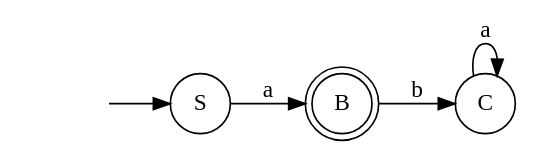
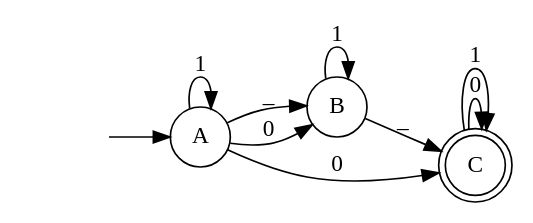
Before and after one commit to bobirok/Automata-ALE2: the diagram in ALE2/ALE2/bin/Debug/abc.dot, drawn with Graphviz. The commit also changed 19 other files, not shown here.

```diff
--- a/ALE2/ALE2/bin/Debug/abc.dot
+++ b/ALE2/ALE2/bin/Debug/abc.dot
@@ -1,11 +1,16 @@
 digraph myAutomaton {
 rankdir=LR;
 " " [shape=none]
-"S" [shape=circle]
-"B" [shape=doublecircle]
-"C" [shape=circle]
+"A" [shape=circle]
+"B" [shape=circle]
+"C" [shape=doublecircle]
 
-" " -> "S""S" -> "B"[label="a"]
-"B" -> "C"[label="b"]
-"C" -> "C"[label="a"]
+" " -> "A""A" -> "A"[label="1"]
+"A" -> "C"[label="0"]
+"A" -> "B"[label="_"]
+"A" -> "B"[label="0"]
+"B" -> "B"[label="1"]
+"B" -> "C"[label="_"]
+"C" -> "C"[label="0"]
+"C" -> "C"[label="1"]
 }
```
